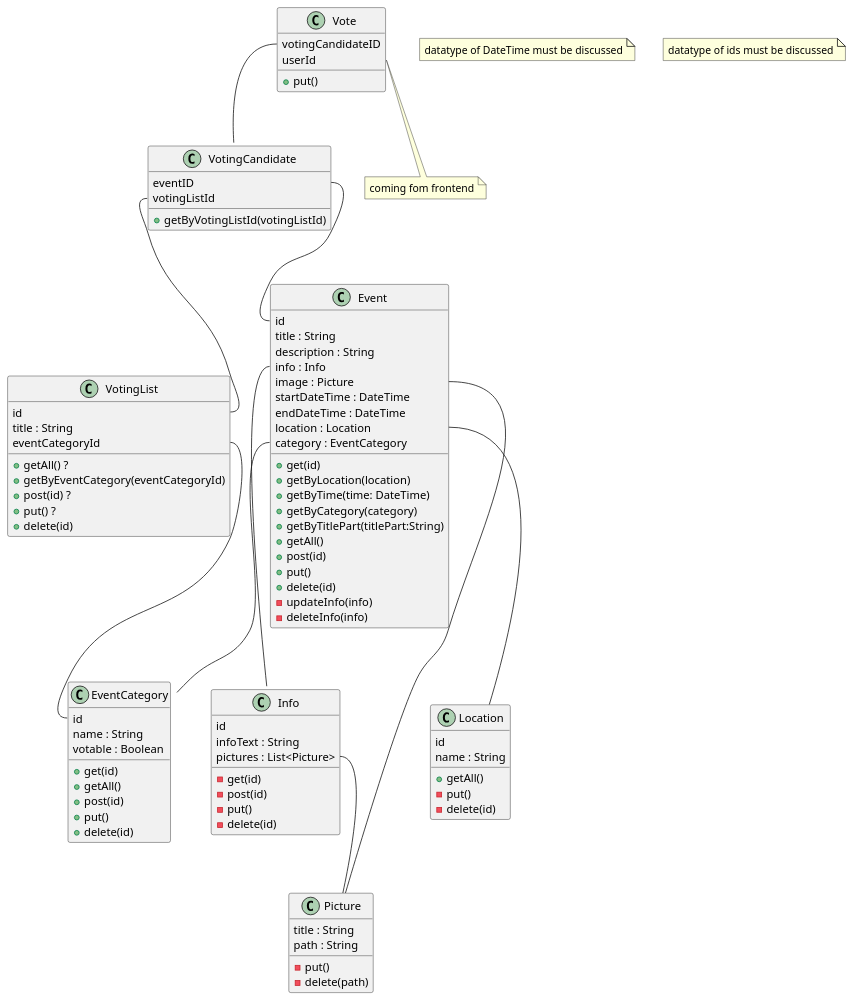
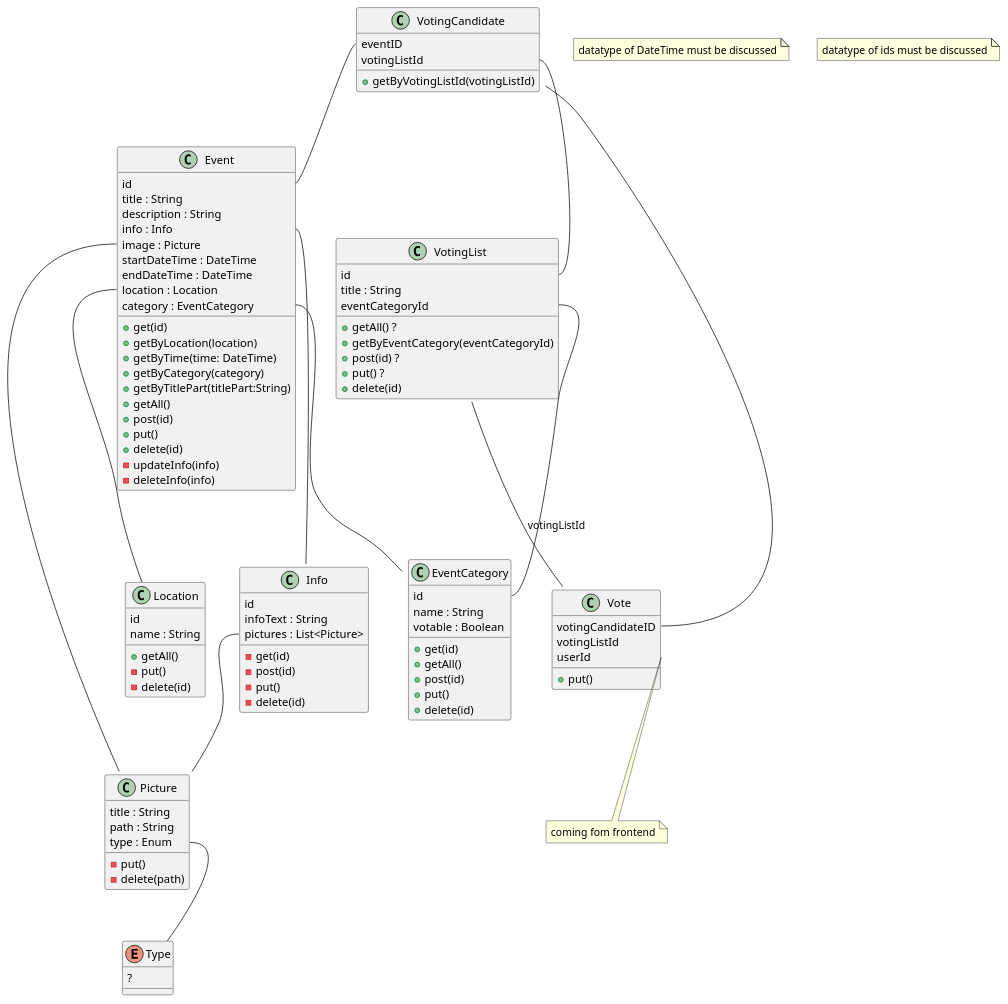
One commit to FH-Joanneum-Iron-Road-for-Children/iron-road-for-children-backend changed the diagram in architecture/class-architecture.v1.puml. Above: the diagram before and after it, drawn with PlantUML.

Commit message:
#2 update class-architecture.v1.puml

```diff
--- a/architecture/class-architecture.v1.puml
+++ b/architecture/class-architecture.v1.puml
@@ -1,104 +1,112 @@
 @startuml
 
 class EventCategory{
     id
     name : String
     votable : Boolean
     + get(id)
     + getAll()
     + post(id)
     + put()
     + delete(id)
 }
 
 class Event{
     id
     title : String
     description : String
     info : Info
     image : Picture
     startDateTime : DateTime
     endDateTime : DateTime
     location : Location
     category : EventCategory
         + get(id)
         + getByLocation(location)
         + getByTime(time: DateTime)
         + getByCategory(category)
         + getByTitlePart(titlePart:String)
         + getAll()
         + post(id)
         + put()
         + delete(id)
         - updateInfo(info)
         - deleteInfo(info)
 }
 
 class Info{
     id
     infoText : String
     pictures : List<Picture>
     - get(id)
     - post(id)
     - put()
     - delete(id)
 }
 
 class Picture{
     title : String
     path : String
+    type : Enum
     - put()
     - delete(path)
+}
+
+enum Type{
+    ?
 }
 
 class Location{
     id
     name : String
     + getAll()
     - put()
     - delete(id)
 }
 
 class Vote{
     votingCandidateID
+    votingListId
     userId
     + put()
 }
 
 class VotingCandidate{
     eventID
     votingListId
     + getByVotingListId(votingListId)
 }
 
 class VotingList{
     id
     title : String
     eventCategoryId
     + getAll() ?
     + getByEventCategory(eventCategoryId)
     + post(id) ?
     + put() ?
     + delete(id)
 }
 
 note "datatype of DateTime must be discussed" as N3
 note "datatype of ids must be discussed" as N2
 note "coming fom frontend" as N1
 
 Event::image -- Picture
 Event::Location -- Location
 Event::category -- EventCategory
 Event::info -- Info
 Info::pictures -- Picture
 Vote::votingCandidateID -- VotingCandidate::id
 Vote::userId -- N1
 VotingCandidate::eventID -- Event::id
 VotingCandidate::votingListId -- VotingList::id
 VotingList::eventCategoryId -- EventCategory::id
+Picture::type -- Type
+VotingList::votingListId -- Vote:votingListId
 
 
 
 
 
 @enduml
```
